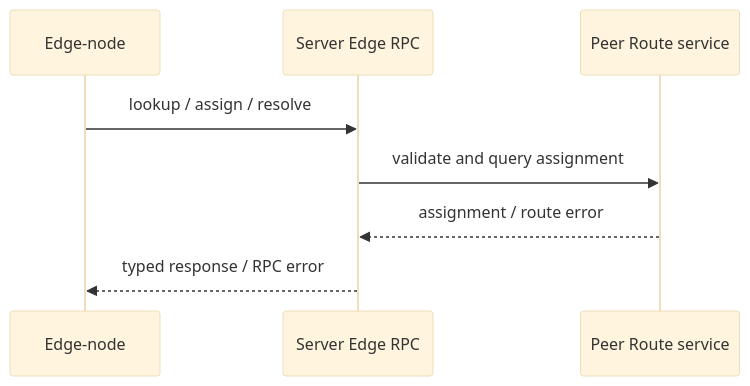
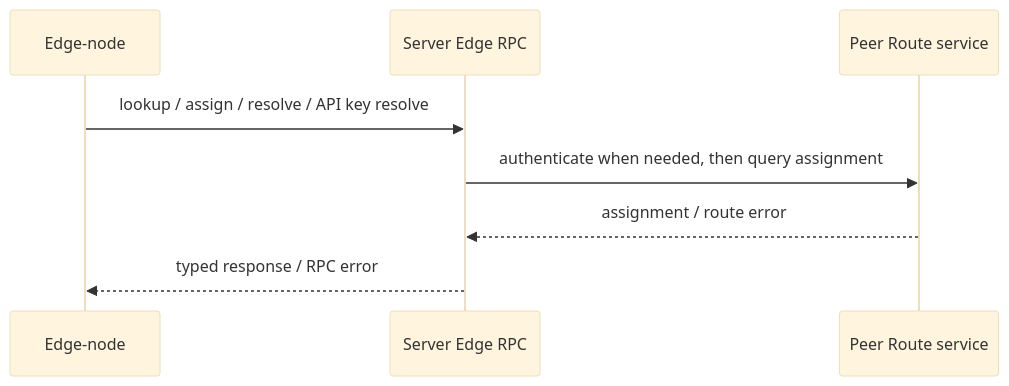
Before and after one commit to GizClaw/gizclaw: the diagram in guides/en/developing/api/proto/rpc/server-provided-to-edge-node.md, drawn with Mermaid (base theme). The commit also changed other lines of this file and 73 other files, not shown here.

First line of the commit message:
edge: route API keys and secure HTTP listeners (#1066)

````diff
--- a/guides/en/developing/api/proto/rpc/server-provided-to-edge-node.md
+++ b/guides/en/developing/api/proto/rpc/server-provided-to-edge-node.md
@@ -9,10 +9,10 @@
 ```mermaid
 sequenceDiagram
     participant Edge as Edge-node
     participant Server as Server Edge RPC
     participant Route as Peer Route service
-    Edge->>Server: lookup / assign / resolve
-    Server->>Route: validate and query assignment
+    Edge->>Server: lookup / assign / resolve / API key resolve
+    Server->>Route: authenticate when needed, then query assignment
     Route-->>Server: assignment / route error
     Server-->>Edge: typed response / RPC error
 ```
````
